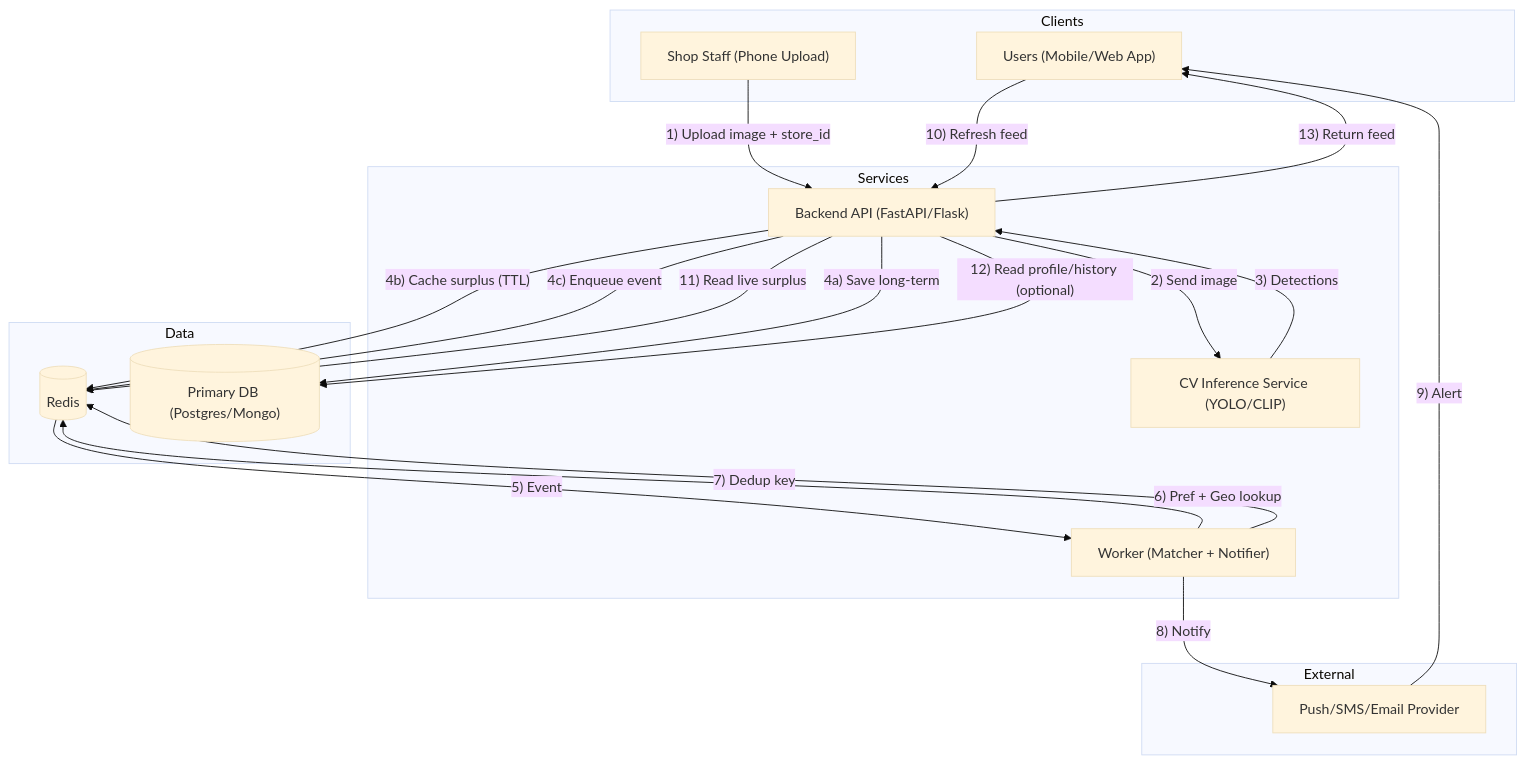
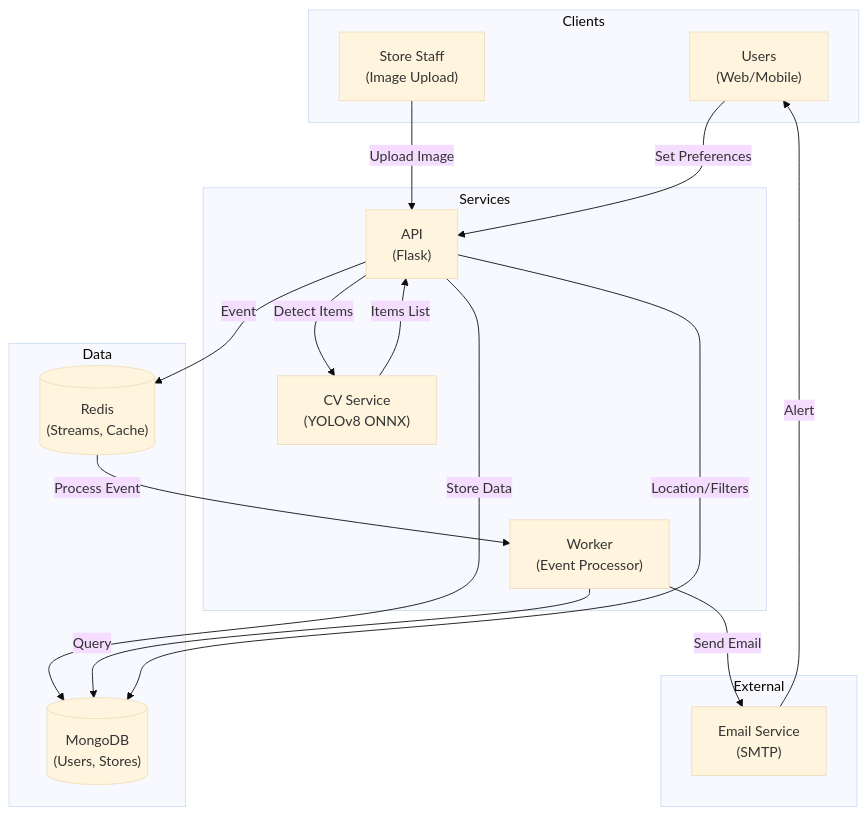
Before and after one commit to ronitsohal05/Guardian: the first of 2 diagrams in README.md, drawn with Mermaid (base theme). The commit also changed other lines of this file and 3 other files, not shown here.

````diff
--- a/README.md
+++ b/README.md
@@ -13,44 +91,38 @@
 ```mermaid
 flowchart TD
 
-%% Lanes keep the diagram readable
 subgraph Clients
-  U["Users (Mobile/Web App)"]
-  S["Shop Staff (Phone Upload)"]
+  U["Users<br/>(Web/Mobile)"]
+  S["Store Staff<br/>(Image Upload)"]
 end
 
 subgraph Services
-  API["Backend API (FastAPI/Flask)"]
-  CV["CV Inference Service (YOLO/CLIP)"]
-  W["Worker (Matcher + Notifier)"]
+  API["API<br/>(Flask)"]
+  CV["CV Service<br/>(YOLOv8 ONNX)"]
+  W["Worker<br/>(Event Processor)"]
 end
 
 subgraph Data
-  R[("Redis")]
-  DB[("Primary DB (Postgres/Mongo)")]
+  R[("Redis<br/>(Streams, Cache)")]
+  DB[("MongoDB<br/>(Users, Stores)")]
 end
 
 subgraph External
-  N["Push/SMS/Email Provider"]
+  EMAIL["Email Service<br/>(SMTP)"]
 end
 
-%% Main flow
-S -->|"1) Upload image + store_id"| API
-API -->|"2) Send image"| CV
-CV -->|"3) Detections"| API
+S -->|Upload Image| API
+API -->|Detect Items| CV
+CV -->|Items List| API
 
-API -->|"4a) Save long-term"| DB
-API -->|"4b) Cache surplus (TTL)"| R
-API -->|"4c) Enqueue event"| R
+API -->|Store Data| DB
+API -->|Event| R
 
-R -->|"5) Event"| W
-W -->|"6) Pref + Geo lookup"| R
-W -->|"7) Dedup key"| R
-W -->|"8) Notify"| N
-N -->|"9) Alert"| U
+R -->|Process Event| W
+W -->|Query| DB
+W -->|Send Email| EMAIL
+EMAIL -->|Alert| U
 
-U -->|"10) Refresh feed"| API
-API -->|"11) Read live surplus"| R
-API -->|"12) Read profile/history (optional)"| DB
-API -->|"13) Return feed"| U
+U -->|Set Preferences| API
+API -->|Location/Filters| DB
 ```
````
